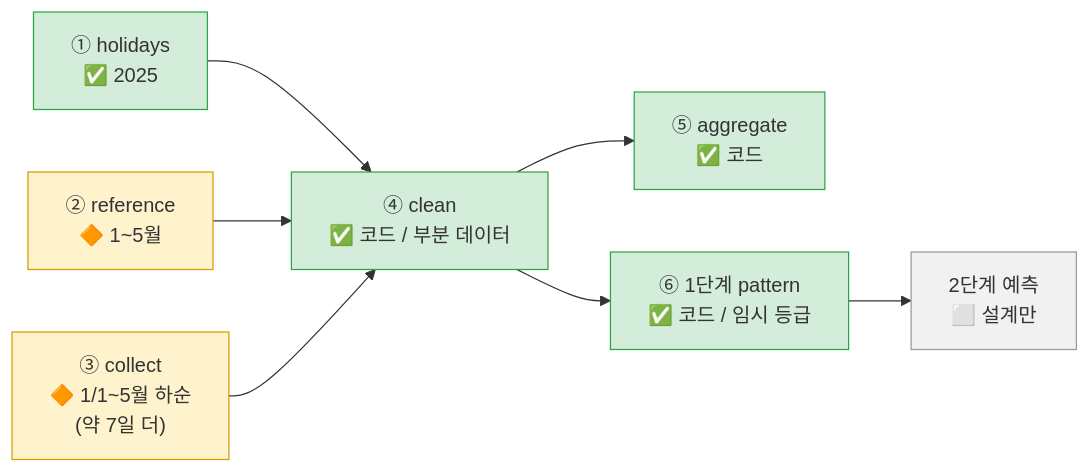
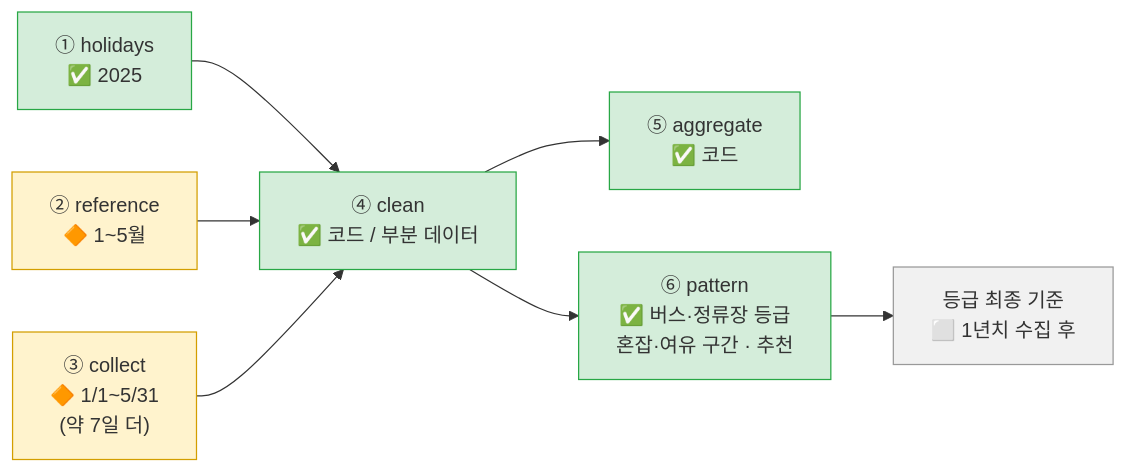
Before and after one commit to Nuloi/team8-capstone: the tenth of 10 diagrams in docs/architecture.md, drawn with Mermaid. The commit also changed other lines of this file and 14 other files, not shown here.

````diff
--- a/docs/architecture.md
+++ b/docs/architecture.md
@@ -405,18 +441,18 @@
 ```mermaid
 flowchart LR
     P1["① holidays<br/>✅ 2025"]:::done
     P2["② reference<br/>🔶 1~5월"]:::part
-    P3["③ collect<br/>🔶 1/1~5월 하순<br/>(약 7일 더)"]:::part
+    P3["③ collect<br/>🔶 1/1~5/31<br/>(약 7일 더)"]:::part
     P4["④ clean<br/>✅ 코드 / 부분 데이터"]:::done
     P5["⑤ aggregate<br/>✅ 코드"]:::done
-    P6["⑥ 1단계 pattern<br/>✅ 코드 / 임시 등급"]:::done
-    P7["2단계 예측<br/>⬜ 설계만"]:::todo
+    P6["⑥ pattern<br/>✅ 버스·정류장 등급<br/>혼잡·여유 구간 · 추천"]:::done
+    P7["등급 최종 기준<br/>⬜ 1년치 수집 후"]:::todo
     P1 --> P4
     P2 --> P4
     P3 --> P4 --> P5
     P4 --> P6 --> P7
 
     classDef done fill:#d4edda,stroke:#28a745
     classDef part fill:#fff3cd,stroke:#d39e00
     classDef todo fill:#f1f1f1,stroke:#999
 ```
````
